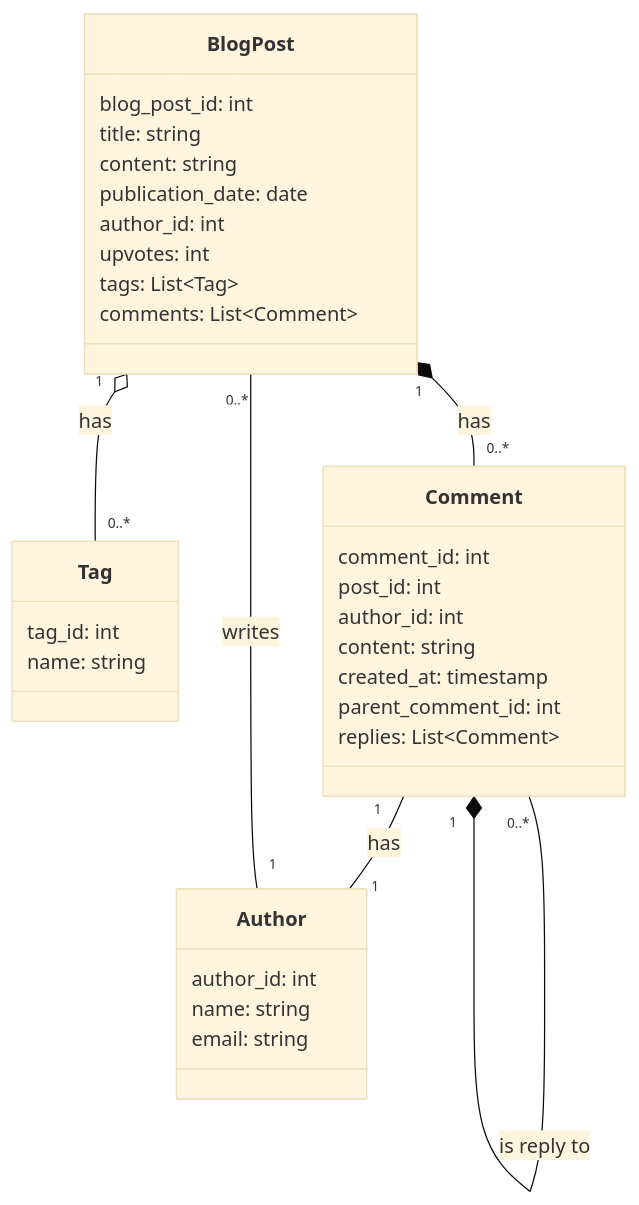
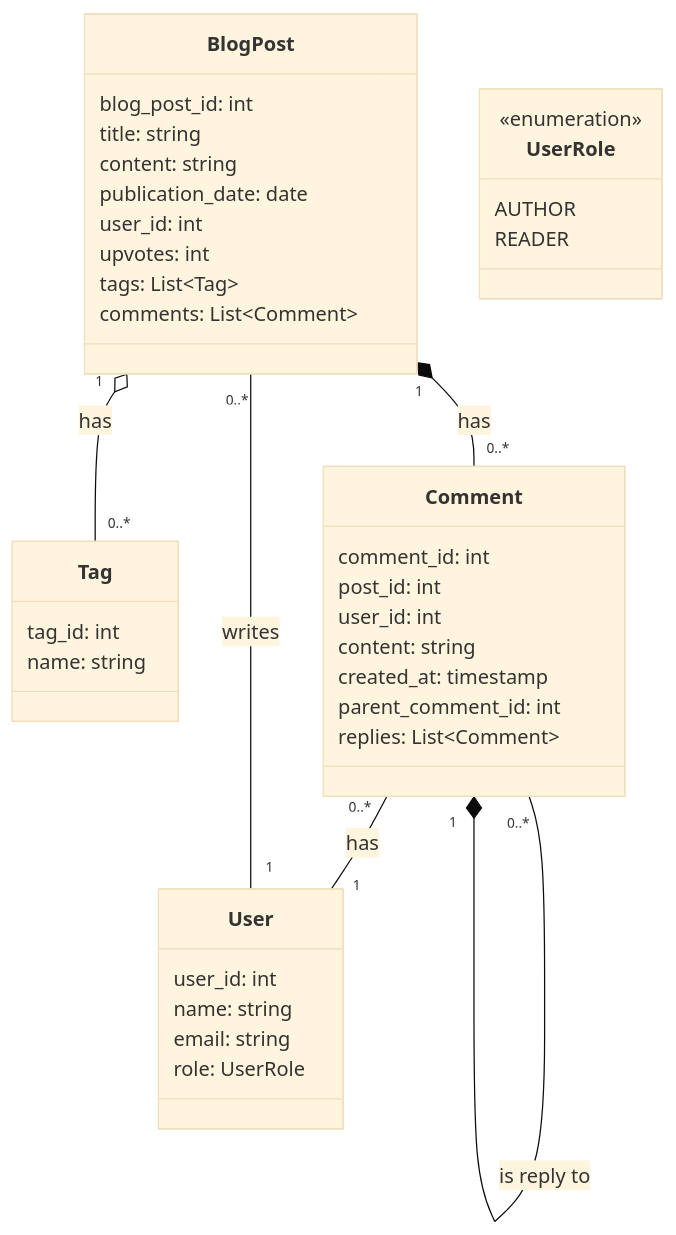
Before and after one commit to DenisJulio/blog-api: the diagram in diagrams/CLASS-DIAGRAM.md, drawn with Mermaid (base theme). The commit also changed 1 other file, not shown here.

Commit message:
Adds roles to the diagrams

````diff
--- a/diagrams/CLASS-DIAGRAM.md
+++ b/diagrams/CLASS-DIAGRAM.md
@@ -3,40 +3,47 @@
 ```mermaid
 classDiagram
     class BlogPost {
         blog_post_id: int
         title: string
         content: string
         publication_date: date
-        author_id: int
+        user_id: int
         upvotes: int
         tags: List~Tag~
         comments: List~Comment~
     }
 
     class Tag {
         tag_id: int
         name: string
     }
 
-    class Author {
-        author_id: int
+    class User {
+        user_id: int
         name: string
         email: string
+        role: UserRole  
+    }
+    
+    class UserRole {
+        <<enumeration>>
+        AUTHOR
+        READER
     }
 
     class Comment {
         comment_id: int
         post_id: int
-        author_id: int
+        user_id: int
         content: string
         created_at: timestamp
         parent_comment_id: int
         replies: List~Comment~
     }
 
-    BlogPost "1" o-- "0..*" Tag : has
-    Author "1" -- "0..*" BlogPost : writes
-    BlogPost "1" *-- "0..*" Comment : has
-    Comment "1" -- "1" Author : has
-    Comment "0..*" --* "1" Comment : is reply to
+    BlogPost "1" o-- "0..*" Tag: has
+    User "1" -- "0..*" BlogPost: writes
+    BlogPost "1" *-- "0..*" Comment: has
+    Comment "0..*" -- "1" User: has
+    Comment "0..*" --* "1" Comment: is reply to
 ```
````
